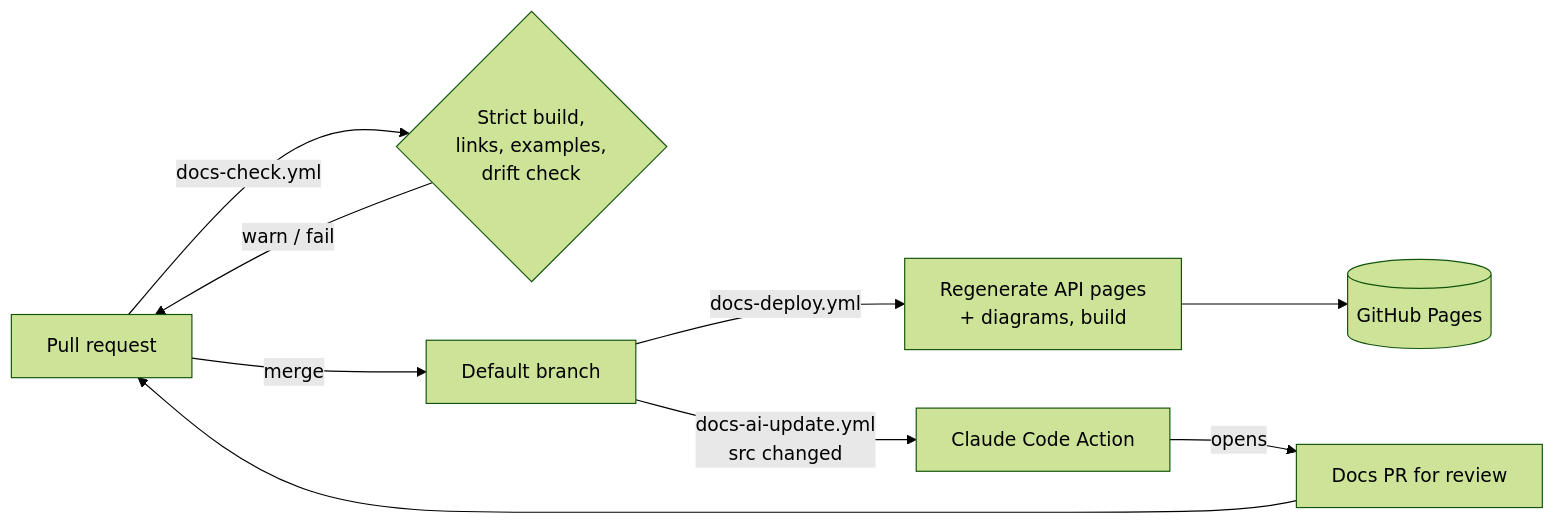
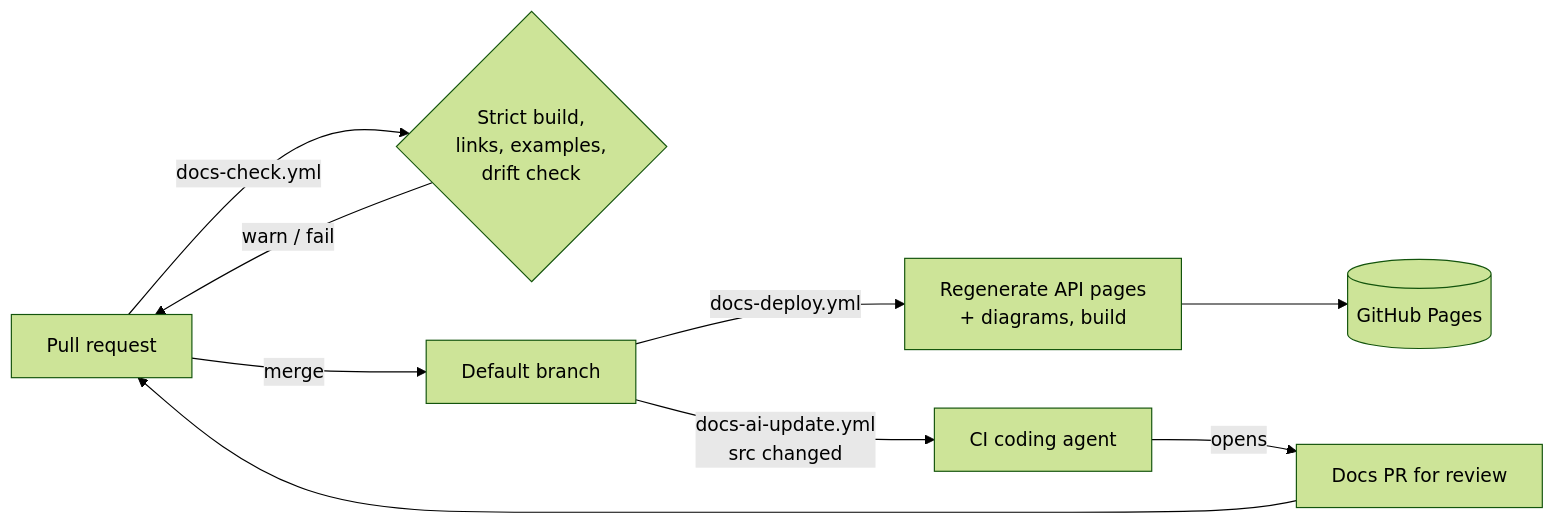
One commit to wushanyun64/document-it changed the diagram in skills/document-it/references/auto-update.md. Above: the diagram before and after it, drawn with Mermaid (forest theme). The commit also changed other lines of this file and 4 other files, not shown here.

````diff
--- a/skills/document-it/references/auto-update.md
+++ b/skills/document-it/references/auto-update.md
@@ -5,11 +5,11 @@
 ```mermaid
 flowchart LR
     pr[Pull request] -->|docs-check.yml| guard{Strict build,<br/>links, examples,<br/>drift check}
     guard -->|warn / fail| pr
     pr -->|merge| main[Default branch]
     main -->|docs-deploy.yml| build[Regenerate API pages<br/>+ diagrams, build]
     build --> pages[(GitHub Pages)]
-    main -->|docs-ai-update.yml<br/>src changed| claude[Claude Code Action]
+    main -->|docs-ai-update.yml<br/>src changed| claude[CI coding agent]
     claude -->|opens| docspr[Docs PR for review]
     docspr --> pr
 ```
````
